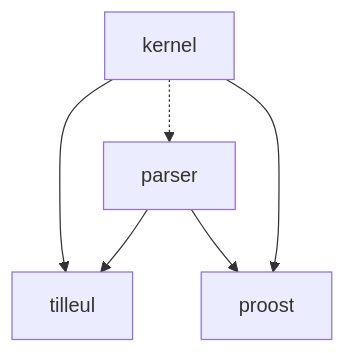
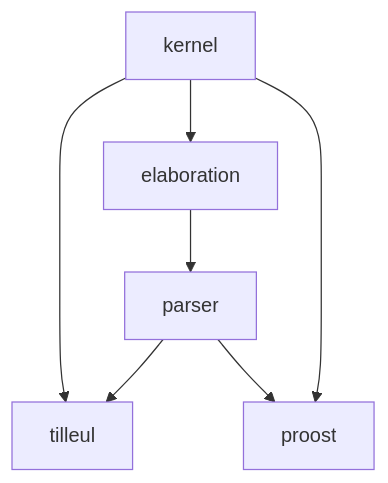
One commit to proost-assistant/proost changed the diagram in README.md. Above: the diagram before and after it, drawn with Mermaid. The commit also changed other lines of this file and 3 other files, not shown here.

````diff
--- a/README.md
+++ b/README.md
@@ -47,8 +48,9 @@
 ```mermaid
 graph TD;
+  kernel-->elaboration;
+  elaboration-->parser;
   kernel-->tilleul;
-  kernel-.->parser;
   parser-->tilleul; 
   parser-->proost;
   kernel-->proost;
 ```
````
